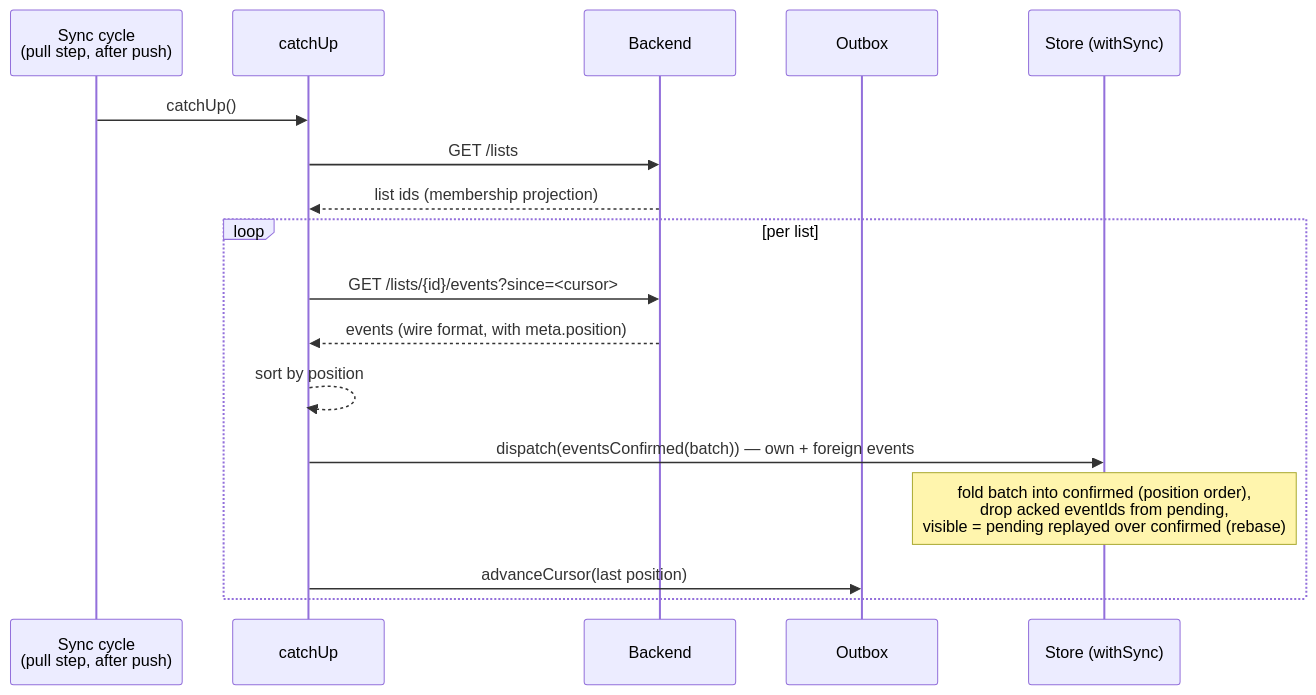
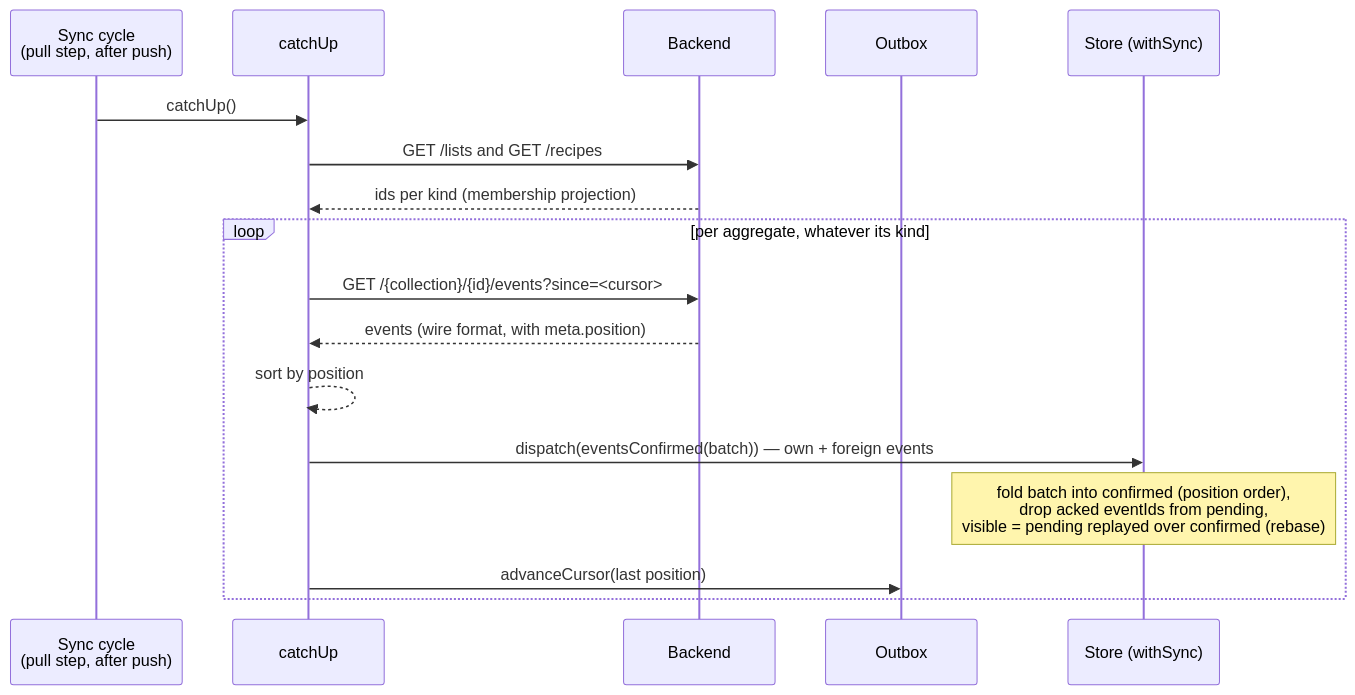
Before and after one commit to chrba/shopzebra: the fourth of 5 diagrams in apps/mobile/src/app/sync/README.md, drawn with Mermaid. The commit also changed other lines of this file and 22 other files, not shown here.

First line of the commit message:
refactor(sync): catch-up handles every aggregate kind

````diff
--- a/apps/mobile/src/app/sync/README.md
+++ b/apps/mobile/src/app/sync/README.md
@@ -150,20 +150,20 @@
 ```mermaid
 sequenceDiagram
     participant T as Sync cycle<br/>(pull step, after push)
     participant CU as catchUp
     participant B as Backend
     participant O as Outbox
     participant S as Store (withSync)
 
     T->>CU: catchUp()
-    CU->>B: GET /lists
-    B-->>CU: list ids (membership projection)
-    loop per list
-        CU->>B: GET /lists/{id}/events?since=<cursor>
+    CU->>B: GET /lists and GET /recipes
+    B-->>CU: ids per kind (membership projection)
+    loop per aggregate, whatever its kind
+        CU->>B: GET /{collection}/{id}/events?since=<cursor>
         B-->>CU: events (wire format, with meta.position)
         CU-->>CU: sort by position
         CU->>S: dispatch(eventsConfirmed(batch)) — own + foreign events
         Note over S: fold batch into confirmed (position order),<br/>drop acked eventIds from pending,<br/>visible = pending replayed over confirmed (rebase)
         CU->>O: advanceCursor(last position)
     end
 ```
````
